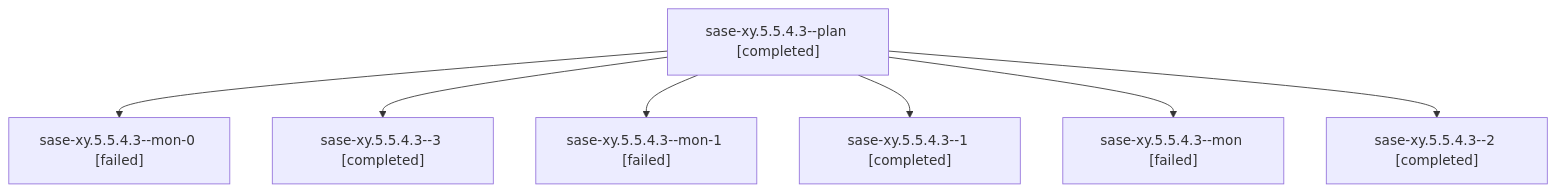
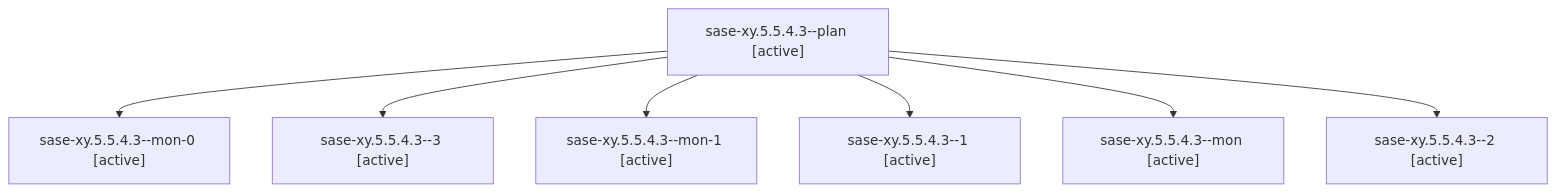
Before and after one commit to sase-org/sase--agents: the diagram in families/bbugyi200.athena.sase-xy.5.5.4.3.md, drawn with Mermaid. The commit also changed other lines of this file and 35830 other files, not shown here.

````diff
--- a/families/bbugyi200.athena.sase-xy.5.5.4.3.md
+++ b/families/bbugyi200.athena.sase-xy.5.5.4.3.md
@@ -9,16 +9,16 @@
 ```mermaid
 flowchart TD
-  n0["sase-xy.5.5.4.3--plan [completed]"]
-  n1["sase-xy.5.5.4.3--mon-0 [failed]"]
+  n0["sase-xy.5.5.4.3--plan [active]"]
+  n1["sase-xy.5.5.4.3--mon-0 [active]"]
   n0 --> n1
-  n2["sase-xy.5.5.4.3--3 [completed]"]
+  n2["sase-xy.5.5.4.3--3 [active]"]
   n0 --> n2
-  n3["sase-xy.5.5.4.3--mon-1 [failed]"]
+  n3["sase-xy.5.5.4.3--mon-1 [active]"]
   n0 --> n3
-  n4["sase-xy.5.5.4.3--1 [completed]"]
+  n4["sase-xy.5.5.4.3--1 [active]"]
   n0 --> n4
-  n5["sase-xy.5.5.4.3--mon [failed]"]
+  n5["sase-xy.5.5.4.3--mon [active]"]
   n0 --> n5
-  n6["sase-xy.5.5.4.3--2 [completed]"]
+  n6["sase-xy.5.5.4.3--2 [active]"]
   n0 --> n6
 ```
````
